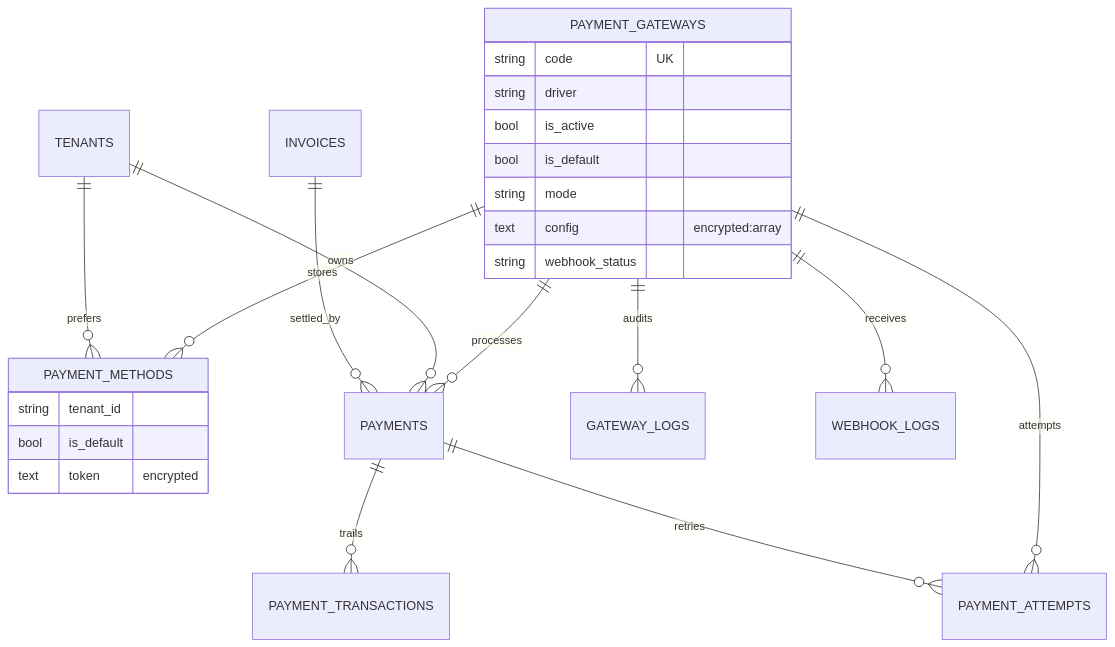
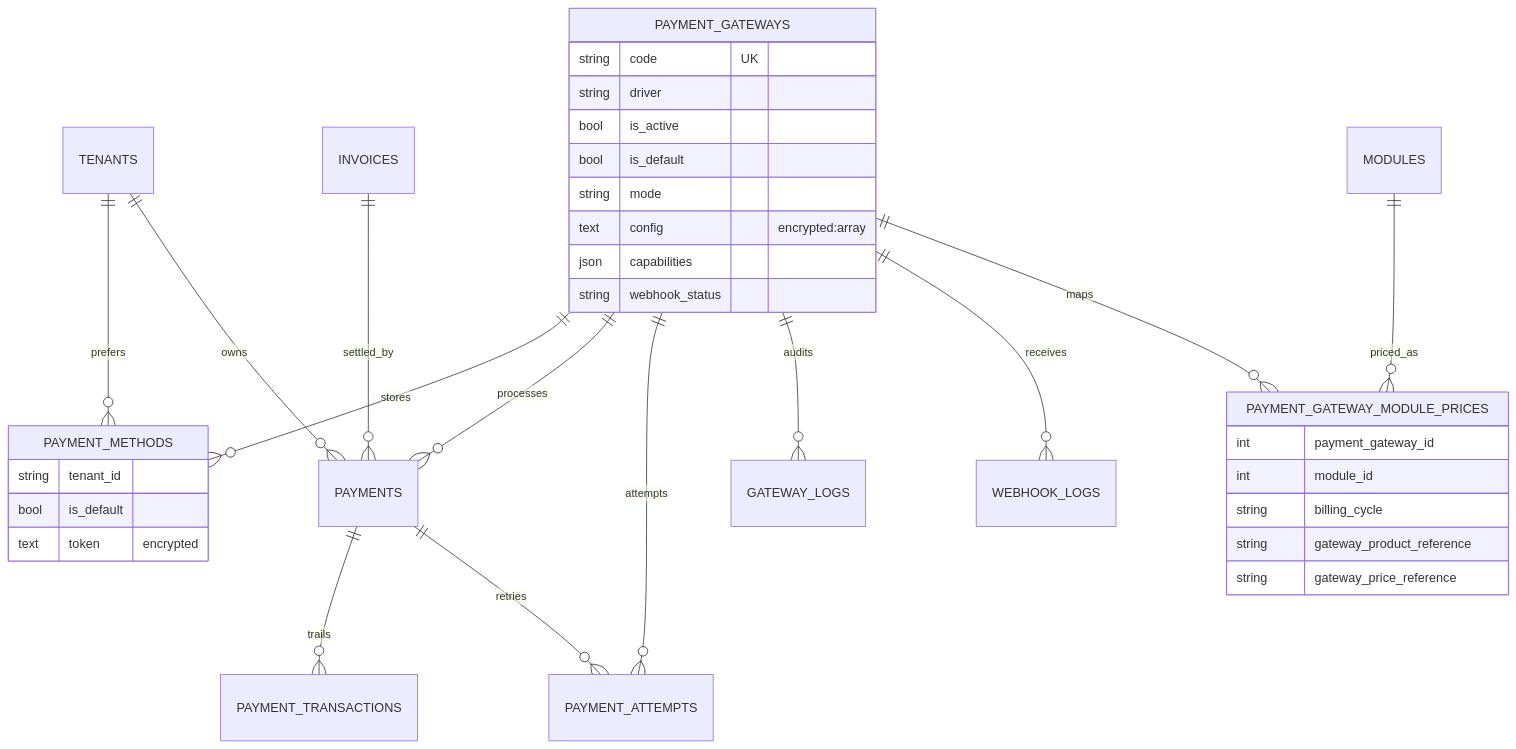
Before and after one commit to DiligentCreators/SaaS-Docs: the third of 3 diagrams in billing/payment-gateways.md, drawn with Mermaid. The commit also changed other lines of this file and 7 other files, not shown here.

Commit message:
docs(billing): document gateway module price mappings and checkout activation.

````diff
--- a/billing/payment-gateways.md
+++ b/billing/payment-gateways.md
@@ -88,29 +88,40 @@
 ```mermaid
 erDiagram
   PAYMENT_GATEWAYS ||--o{ PAYMENT_METHODS : stores
   PAYMENT_GATEWAYS ||--o{ PAYMENTS : processes
   PAYMENT_GATEWAYS ||--o{ PAYMENT_ATTEMPTS : attempts
   PAYMENT_GATEWAYS ||--o{ GATEWAY_LOGS : audits
   PAYMENT_GATEWAYS ||--o{ WEBHOOK_LOGS : receives
+  PAYMENT_GATEWAYS ||--o{ PAYMENT_GATEWAY_MODULE_PRICES : maps
+  MODULES ||--o{ PAYMENT_GATEWAY_MODULE_PRICES : priced_as
   TENANTS ||--o{ PAYMENT_METHODS : prefers
   TENANTS ||--o{ PAYMENTS : owns
   INVOICES ||--o{ PAYMENTS : settled_by
   PAYMENTS ||--o{ PAYMENT_TRANSACTIONS : trails
   PAYMENTS ||--o{ PAYMENT_ATTEMPTS : retries
 
   PAYMENT_GATEWAYS {
     string code UK
     string driver
     bool is_active
     bool is_default
     string mode
     text config "encrypted:array"
+    json capabilities
     string webhook_status
+  }
+
+  PAYMENT_GATEWAY_MODULE_PRICES {
+    int payment_gateway_id
+    int module_id
+    string billing_cycle
+    string gateway_product_reference
+    string gateway_price_reference
   }
 
   PAYMENT_METHODS {
     string tenant_id
     bool is_default
     text token "encrypted"
   }
 ```
````
